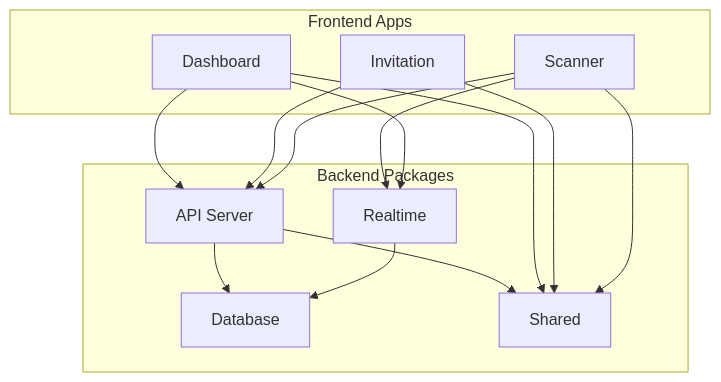
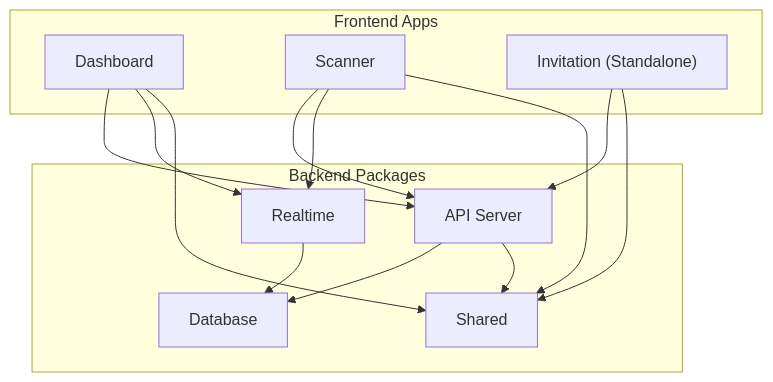
Before and after one commit to maru-story/wedding-ecosystem: the first of 5 diagrams in .agents/summary/components.md, drawn with Mermaid. The commit also changed other lines of this file and 148 other files, not shown here.

````diff
--- a/.agents/summary/components.md
+++ b/.agents/summary/components.md
@@ -5,27 +5,27 @@
 ```mermaid
 graph TB
     subgraph "Frontend Apps"
         D["Dashboard"]
-        I["Invitation"]
         S["Scanner"]
+        I["Invitation (Standalone)"]
     end
 
     subgraph "Backend Packages"
         API["API Server"]
         RT["Realtime"]
         DB["Database"]
         SH["Shared"]
     end
 
     D --> API
     I --> API
     S --> API
     S --> RT
     D --> RT
     API --> DB
     API --> SH
     RT --> DB
     D --> SH
     I --> SH
     S --> SH
 ```
````
